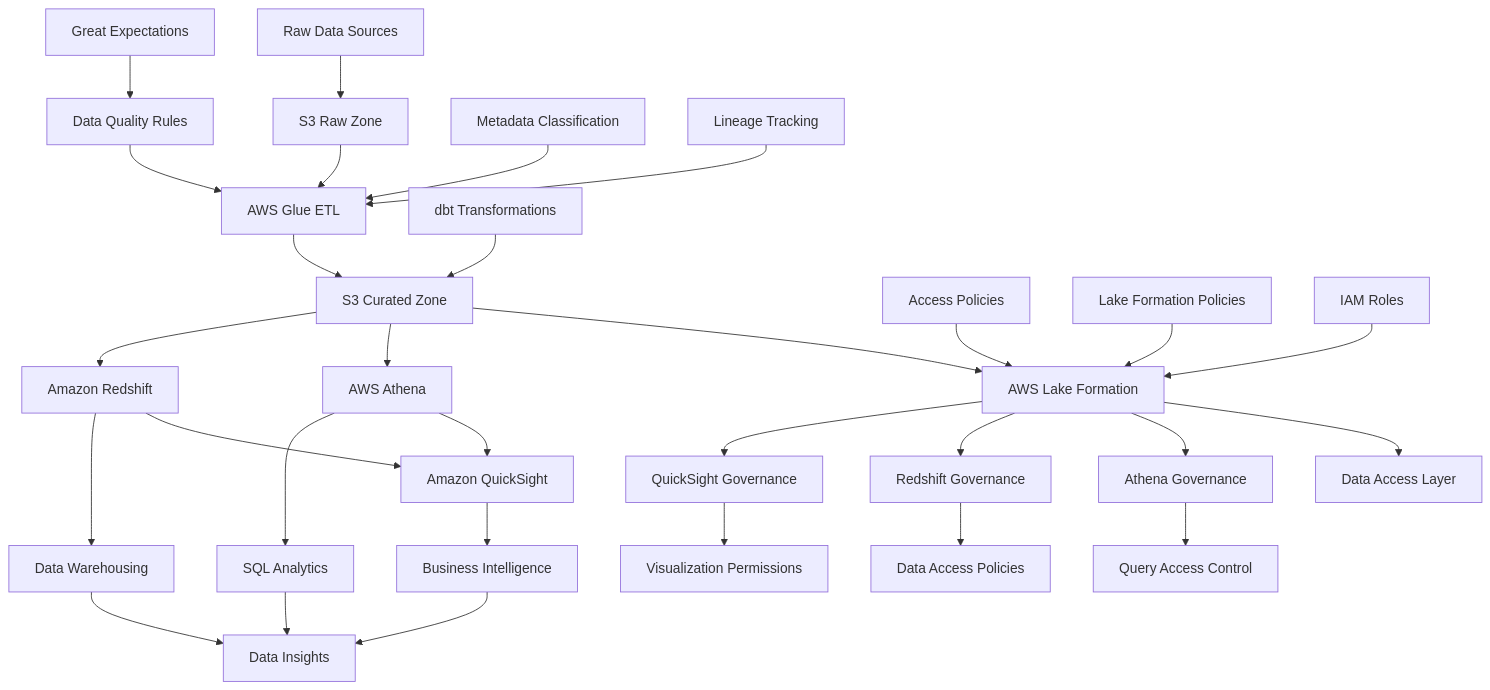
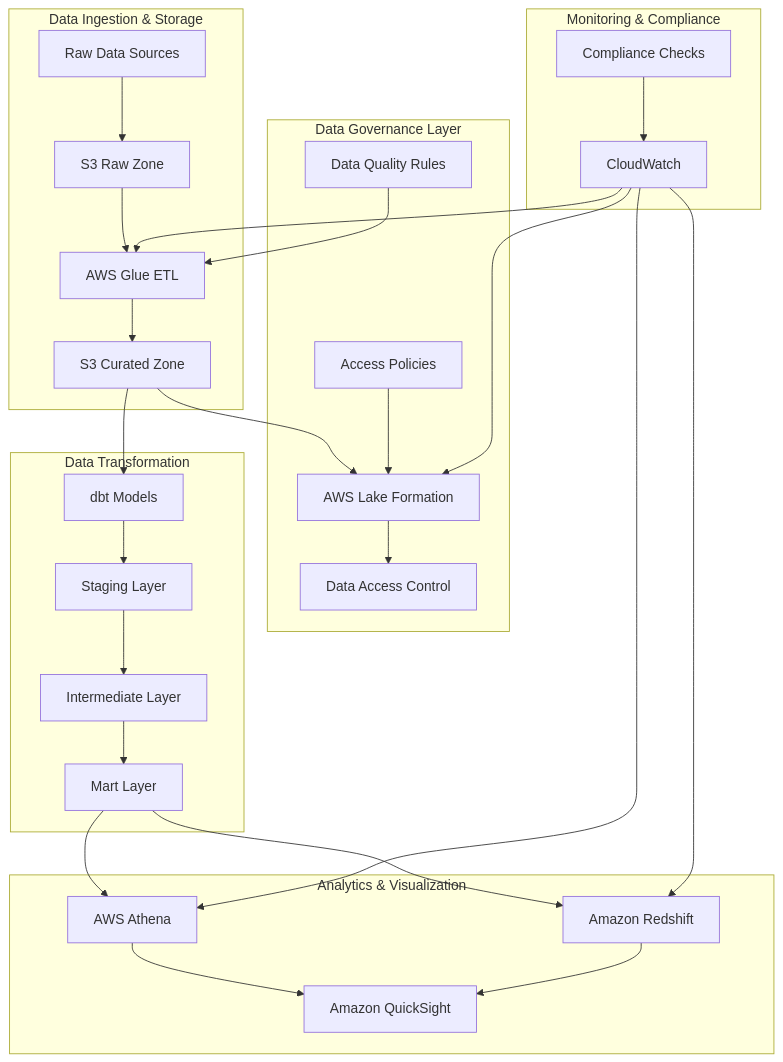
Before and after one commit to dilli-data/Data-Governance-Framework: the diagram in README.md, drawn with Mermaid. The commit also changed other lines of this file, not shown here.

````diff
--- a/README.md
+++ b/README.md
@@ -8,43 +8,37 @@
 ```mermaid
 graph TD
-    A[Raw Data Sources] --> B[S3 Raw Zone]
-    B --> C[AWS Glue ETL]
-    C --> D[S3 Curated Zone]
-    D --> E[AWS Lake Formation]
-    E --> F[Data Access Layer]
-    
-    G[Data Quality Rules] --> C
-    H[Access Policies] --> E
-    I[Metadata Classification] --> C
-    J[Lineage Tracking] --> C
-    
-    K[dbt Transformations] --> D
-    L[Great Expectations] --> G
-    M[Lake Formation Policies] --> E
-    N[IAM Roles] --> E
+    subgraph "Data Ingestion & Storage"
+        A[Raw Data Sources] --> B[S3 Raw Zone]
+        B --> C[AWS Glue ETL]
+        C --> D[S3 Curated Zone]
+    end
 
-    %% Analytics and Visualization Layer
-    D --> O[AWS Athena]
-    D --> P[Amazon Redshift]
-    O --> Q[Amazon QuickSight]
-    P --> Q
-    
-    %% Data Processing and Transformation
-    O --> R[SQL Analytics]
-    P --> S[Data Warehousing]
-    Q --> T[Business Intelligence]
-    
-    %% Integration Points
-    R --> U[Data Insights]
-    S --> U
-    T --> U
+    subgraph "Data Governance Layer"
+        D --> E[AWS Lake Formation]
+        E --> F[Data Access Control]
+        G[Data Quality Rules] --> C
+        H[Access Policies] --> E
+    end
 
-    %% Governance Controls
-    E --> V[Athena Governance]
-    E --> W[Redshift Governance]
-    E --> X[QuickSight Governance]
-    
-    V --> Y[Query Access Control]
-    W --> Z[Data Access Policies]
-    X --> AA[Visualization Permissions]
+    subgraph "Data Transformation"
+        D --> I[dbt Models]
+        I --> J[Staging Layer]
+        J --> K[Intermediate Layer]
+        K --> L[Mart Layer]
+    end
+
+    subgraph "Analytics & Visualization"
+        L --> M[AWS Athena]
+        L --> N[Amazon Redshift]
+        M --> O[Amazon QuickSight]
+        N --> O
+    end
+
+    subgraph "Monitoring & Compliance"
+        P[CloudWatch] --> C
+        P --> E
+        P --> M
+        P --> N
+        Q[Compliance Checks] --> P
+    end
 ```
````
